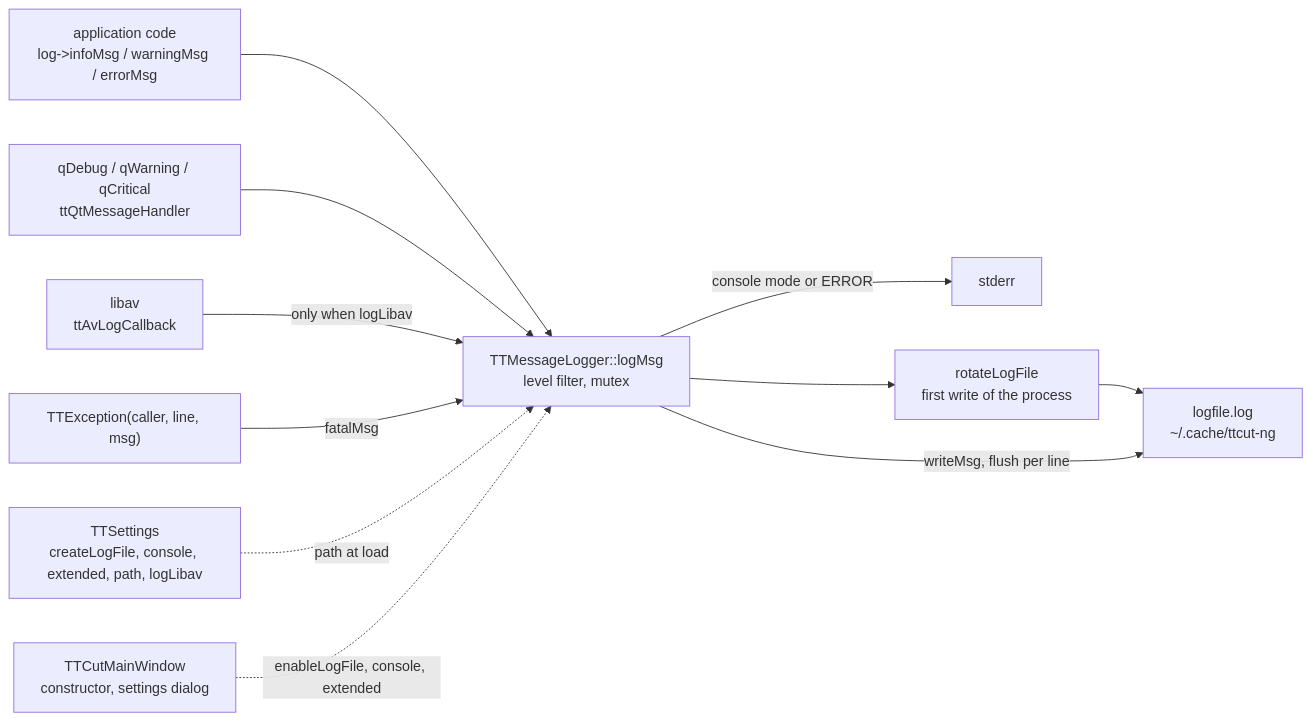
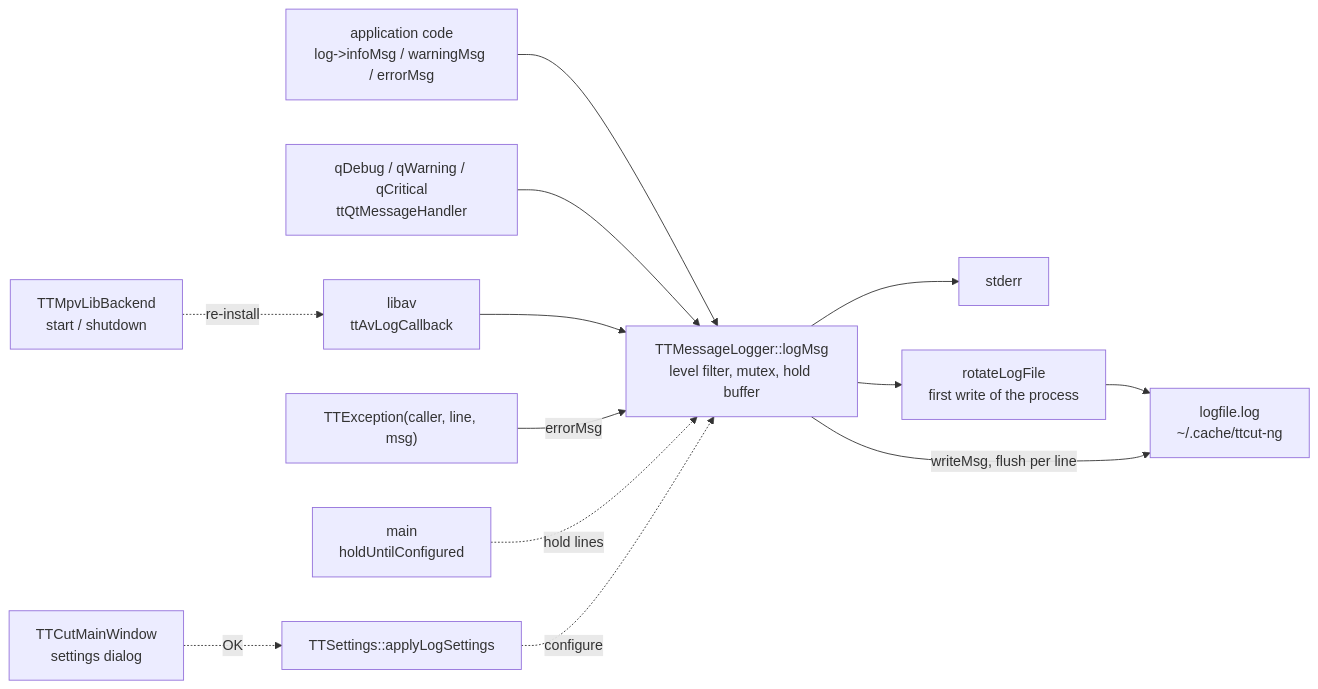
One commit to MINIXJR/TTCut-ng changed the diagram in docs/code-map/logging.md. Above: the diagram before and after it, drawn with Mermaid. The commit also changed other lines of this file and 25 other files, not shown here.

````diff
--- a/docs/code-map/logging.md
+++ b/docs/code-map/logging.md
@@ -36,24 +37,28 @@
 ```mermaid
 flowchart LR
+    MAIN["main<br/>holdUntilConfigured"]
     CODE["application code<br/>log->infoMsg / warningMsg / errorMsg"]
     QT["qDebug / qWarning / qCritical<br/>ttQtMessageHandler"]
     AV["libav<br/>ttAvLogCallback"]
+    MPV["TTMpvLibBackend<br/>start / shutdown"]
     EXC["TTException(caller, line, msg)"]
-    LOG["TTMessageLogger::logMsg<br/>level filter, mutex"]
+    LOG["TTMessageLogger::logMsg<br/>level filter, mutex, hold buffer"]
     ERR["stderr"]
     ROT["rotateLogFile<br/>first write of the process"]
     FILE["logfile.log<br/>~/.cache/ttcut-ng"]
-    SET["TTSettings<br/>createLogFile, console, extended, path, logLibav"]
-    MW["TTCutMainWindow<br/>constructor, settings dialog"]
+    SET["TTSettings::applyLogSettings"]
+    MW["TTCutMainWindow<br/>settings dialog"]
 
     CODE --> LOG
     QT --> LOG
-    AV -->|only when logLibav| LOG
-    EXC -->|fatalMsg| LOG
-    LOG -->|console mode or ERROR| ERR
+    AV --> LOG
+    EXC -->|errorMsg| LOG
+    LOG --> ERR
     LOG --> ROT
     ROT --> FILE
     LOG -->|writeMsg, flush per line| FILE
-    SET -.->|path at load| LOG
-    MW -.->|enableLogFile, console, extended| LOG
+    MAIN -.->|hold lines| LOG
+    SET -.->|configure| LOG
+    MW -.->|OK| SET
+    MPV -.->|re-install| AV
 ```
````
